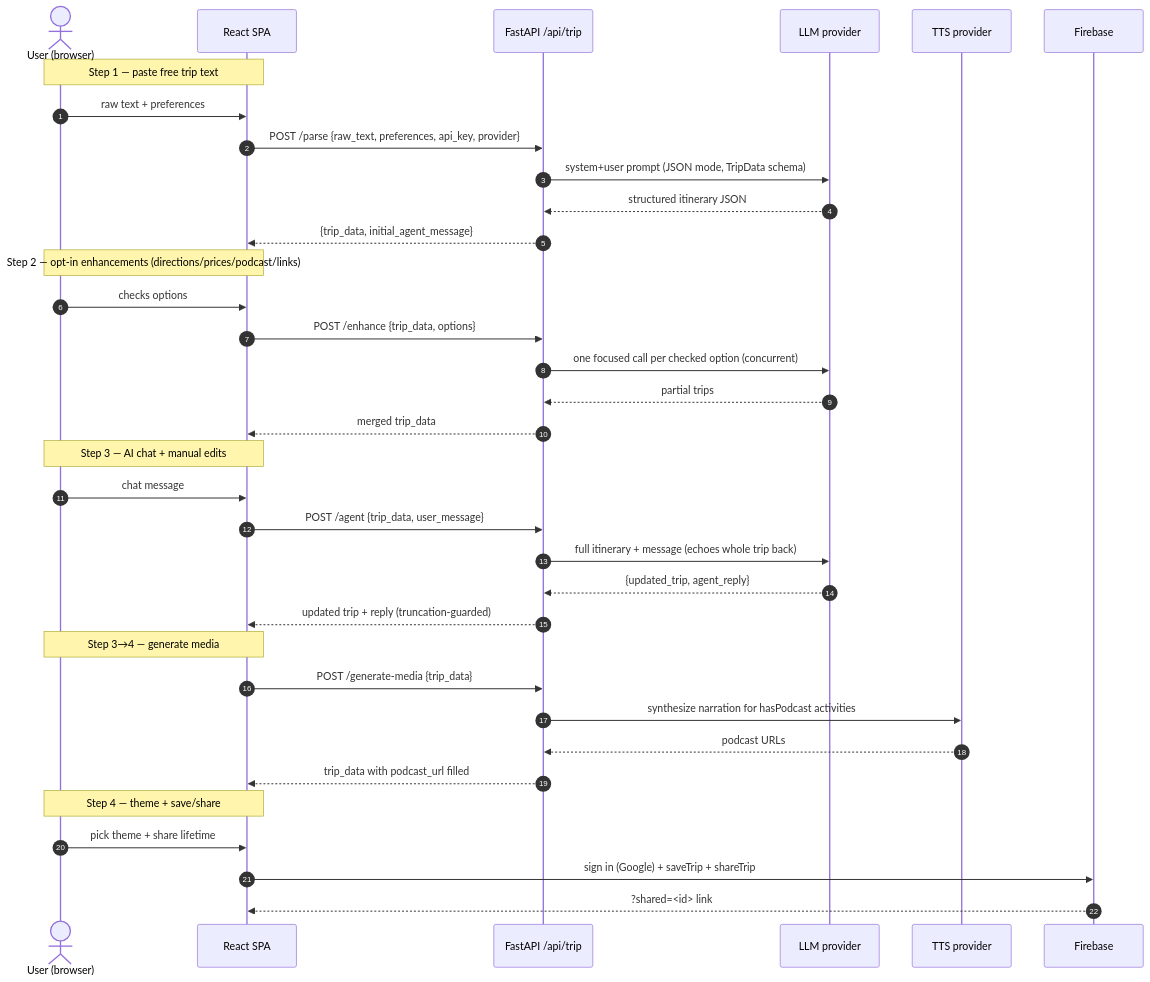
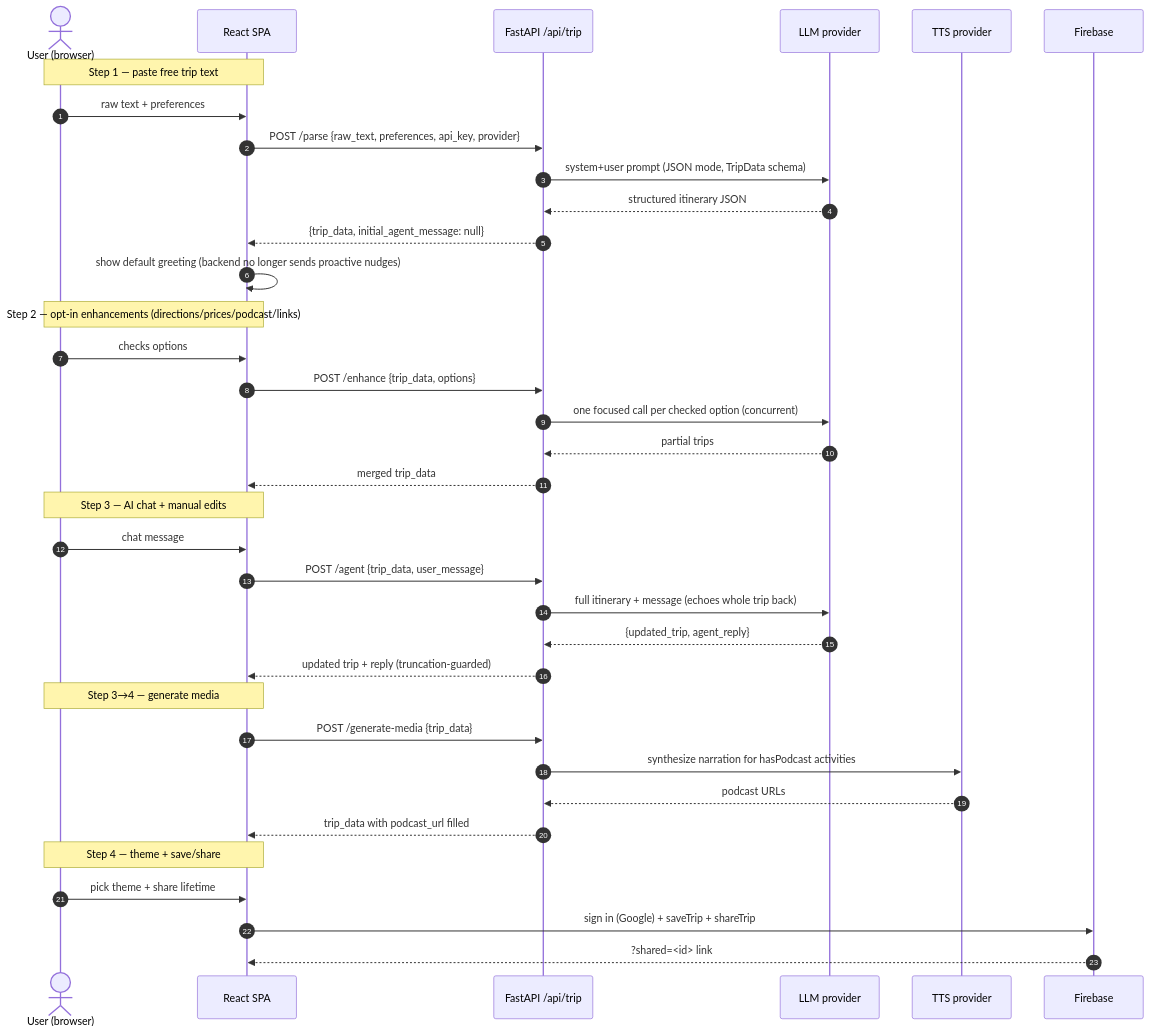
The third of 5 diagrams in docs/hld/hld.md (joka-7/AppMyTrip), drawn with Mermaid before and after one commit. The commit also changed other lines of this file and 2 other files, not shown here.

````diff
--- a/docs/hld/hld.md
+++ b/docs/hld/hld.md
@@ -142,42 +142,43 @@
 ```mermaid
 sequenceDiagram
     autonumber
     actor U as User (browser)
     participant FE as React SPA
     participant API as FastAPI /api/trip
     participant LLM as LLM provider
     participant TTS as TTS provider
     participant FB as Firebase
 
     Note over U,FE: Step 1 — paste free trip text
     U->>FE: raw text + preferences
     FE->>API: POST /parse {raw_text, preferences, api_key, provider}
     API->>LLM: system+user prompt (JSON mode, TripData schema)
     LLM-->>API: structured itinerary JSON
-    API-->>FE: {trip_data, initial_agent_message}
+    API-->>FE: {trip_data, initial_agent_message: null}
+    FE->>FE: show default greeting (backend no longer sends proactive nudges)
 
     Note over U,FE: Step 2 — opt-in enhancements (directions/prices/podcast/links)
     U->>FE: checks options
     FE->>API: POST /enhance {trip_data, options}
     API->>LLM: one focused call per checked option (concurrent)
     LLM-->>API: partial trips
     API-->>FE: merged trip_data
 
     Note over U,FE: Step 3 — AI chat + manual edits
     U->>FE: chat message
     FE->>API: POST /agent {trip_data, user_message}
     API->>LLM: full itinerary + message (echoes whole trip back)
     LLM-->>API: {updated_trip, agent_reply}
     API-->>FE: updated trip + reply (truncation-guarded)
 
     Note over U,FE: Step 3→4 — generate media
     FE->>API: POST /generate-media {trip_data}
     API->>TTS: synthesize narration for hasPodcast activities
     TTS-->>API: podcast URLs
     API-->>FE: trip_data with podcast_url filled
 
     Note over U,FE: Step 4 — theme + save/share
     U->>FE: pick theme + share lifetime
     FE->>FB: sign in (Google) + saveTrip + shareTrip
     FB-->>FE: ?shared=<id> link
 ```
````
